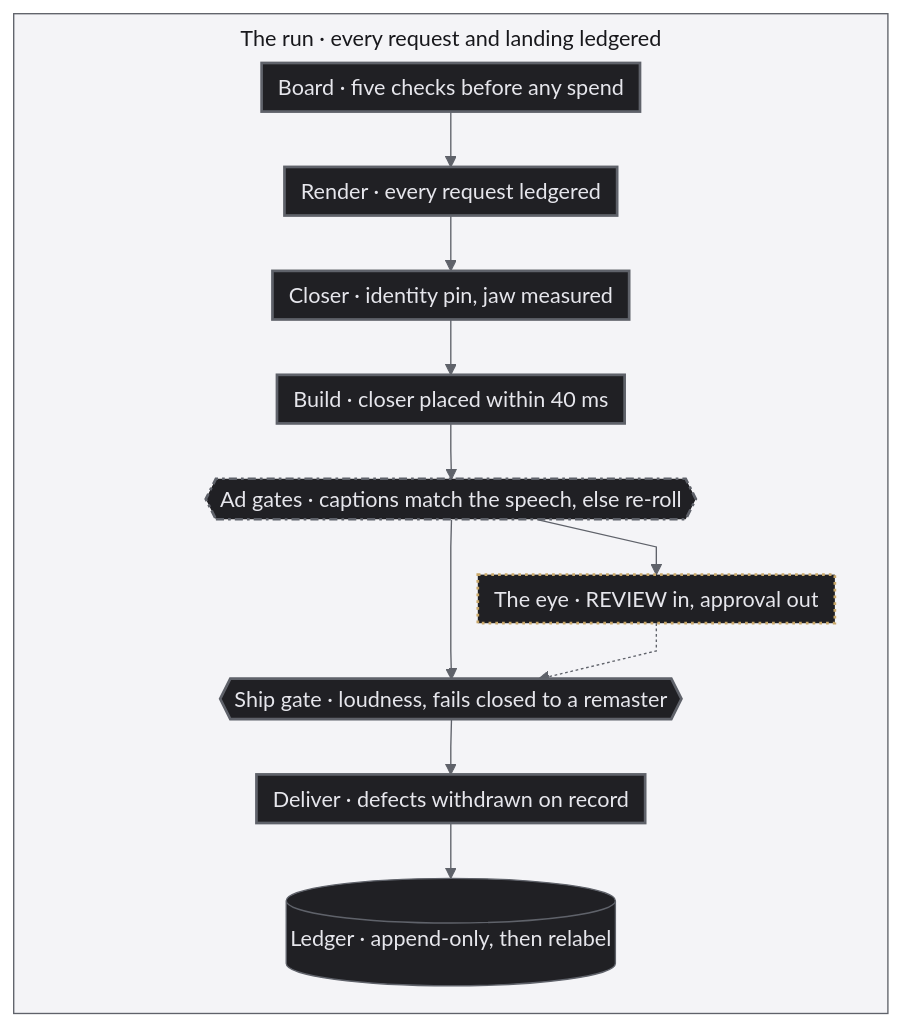
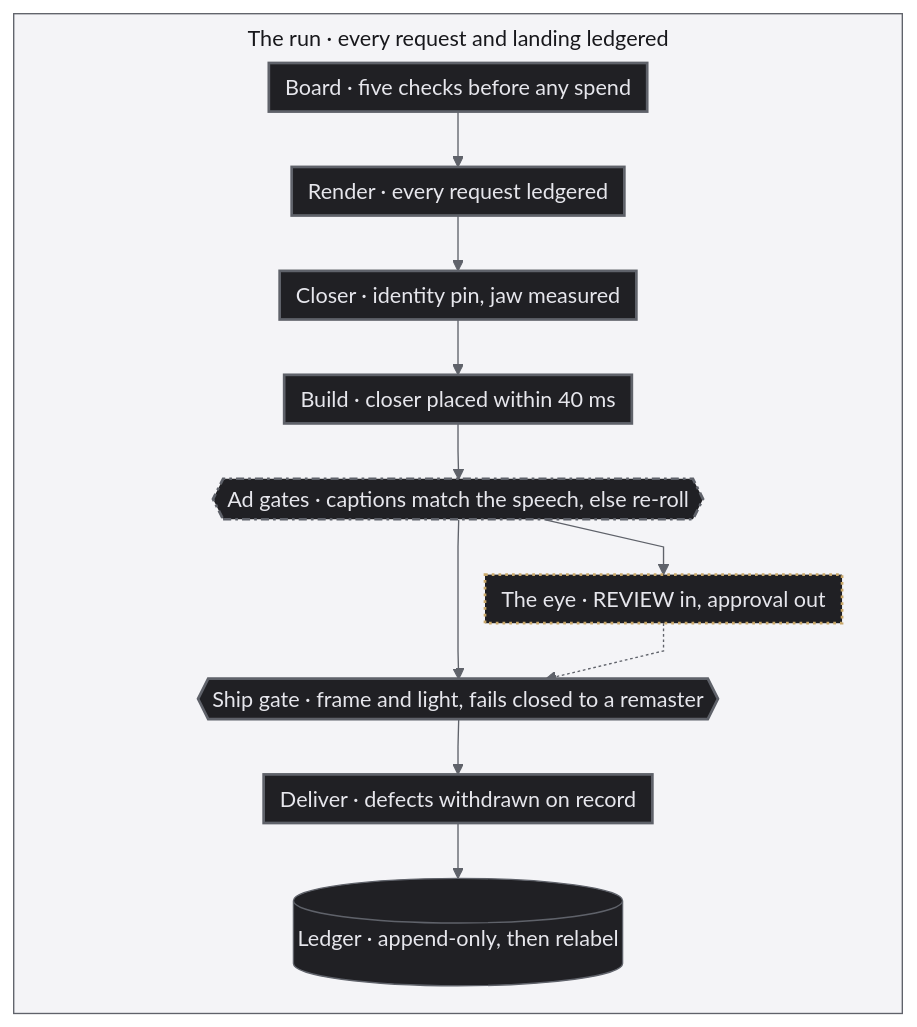
The diagram in README.md (jameswniu/autonomous-ads-pipeline-multimodal-evals), drawn with Mermaid before and after one commit. The commit also changed other lines of this file and 3 other files, not shown here.

First line of the commit message:
Make the winners section and the ship gate say what the repo shows

````diff
--- a/README.md
+++ b/README.md
@@ -326,30 +335,30 @@
 ```mermaid
 %%{init: {'flowchart': {'curve': 'linear', 'nodeSpacing': 20, 'rankSpacing': 16, 'padding': 6, 'diagramPadding': 2, 'wrappingWidth': 520, 'subGraphTitleMargin': {'top': 6, 'bottom': 10}}, 'themeVariables': {'fontSize': '16px', 'lineColor': '#5f626a', 'edgeLabelBackground': '#ffffff', 'clusterBkg': '#f4f4f7', 'clusterBorder': '#5f626a', 'titleColor': '#18181c'}}}%%
 flowchart TD
     subgraph RUN["The run · every request and landing ledgered"]
         direction TB
         AG{{"Ad gates · captions match the speech, else re-roll"}}
         %% GH is an invisible twin of the eye, it balances the spine so the steps stay in one column
         AG ~~~ GH["The eye · REVIEW in, approval out"]
         GH ~~~ SG
-        B["Board · five checks before any spend"] --> R["Render · every request ledgered"] --> C["Closer · identity pin, jaw measured"] --> BU["Build · closer placed within 40 ms"] --> AG --> SG{{"Ship gate · loudness, fails closed to a remaster"}} --> D["Deliver · defects withdrawn on record"]
+        B["Board · five checks before any spend"] --> R["Render · every request ledgered"] --> C["Closer · identity pin, jaw measured"] --> BU["Build · closer placed within 40 ms"] --> AG --> SG{{"Ship gate · frame and light, fails closed to a remaster"}} --> D["Deliver · defects withdrawn on record"]
         D --> L[("Ledger · append-only, then relabel")]
         AG --> EYE["The eye · REVIEW in, approval out"]
         EYE -.-> SG
     end
 
     classDef run fill:#202024,stroke:#5f626a,color:#e6e6ec
     classDef process fill:#202024,stroke:#5f626a,stroke-width:2px,color:#e6e6ec
     classDef outcome fill:#202024,stroke:#5f626a,stroke-width:2px,stroke-dasharray:6 3,color:#e6e6ec
     classDef quality fill:#202024,stroke:#c9a86a,stroke-width:2px,stroke-dasharray:2 3,color:#e6e6ec
     classDef shared fill:#202024,stroke:#5f626a,stroke-width:2px,stroke-dasharray:6 3 2 3,color:#e6e6ec
     classDef ghost fill:none,stroke:none,color:transparent
     class L run
     class B,R,C,BU,SG,D process
     class AG outcome
     class AG quality
     class AG shared
     class EYE quality
     class GH ghost
     style RUN fill:#f4f4f7,stroke:#5f626a,color:#18181c
 ```
````
